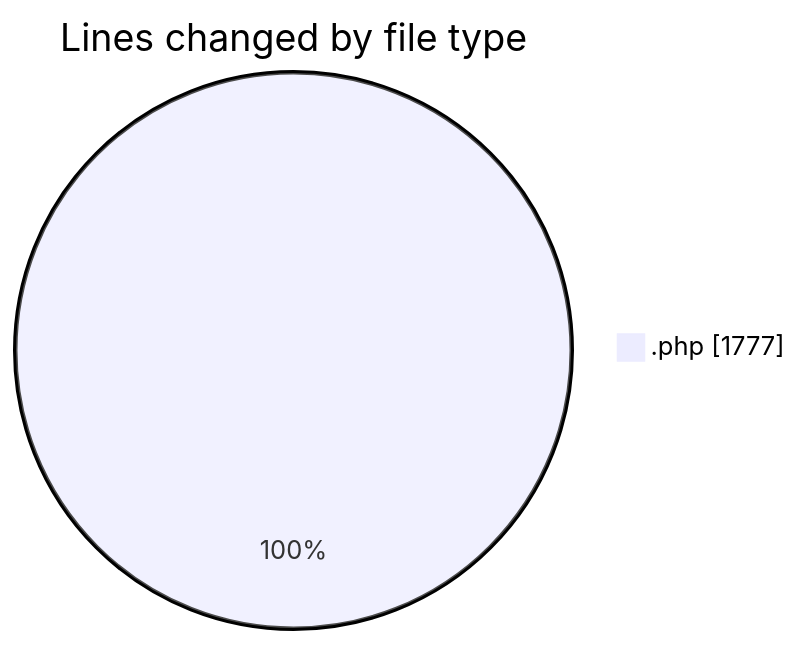
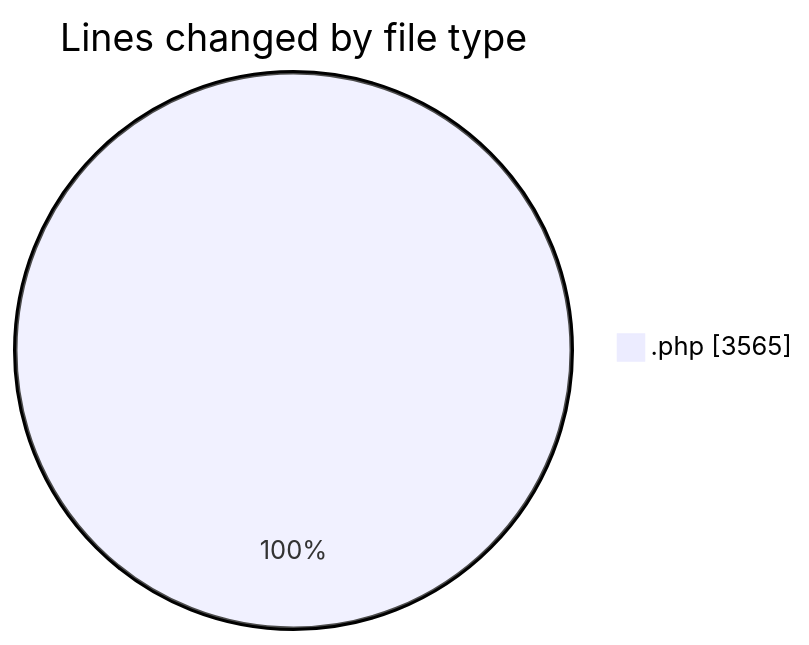
The first of 2 diagrams in 2026-08-05/untitled__workspace_/README.md (debugP/code-tracking), drawn with Mermaid before and after one commit. The commit also changed other lines of this file and 1 other file, not shown here.

````diff
--- a/2026-08-05/untitled__workspace_/README.md
+++ b/2026-08-05/untitled__workspace_/README.md
@@ -20,5 +21,5 @@
 ```mermaid
 pie showData
 title Lines changed by file type
-".php" : 1777
+".php" : 3565
 ```
````
